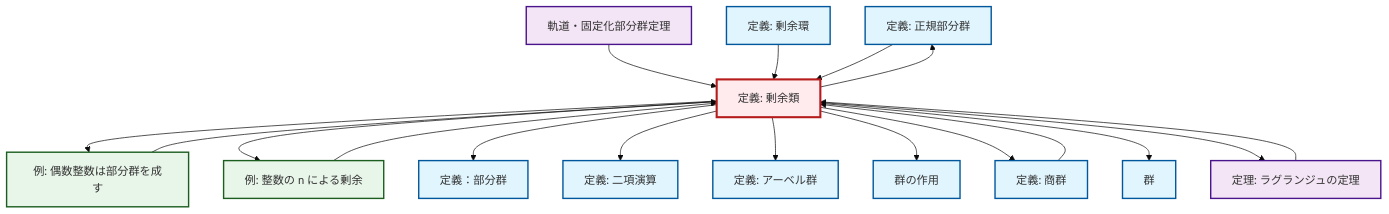
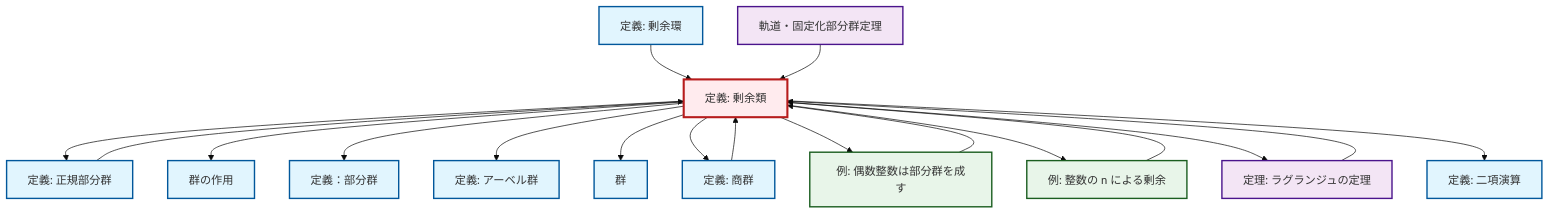
One commit to RK0429/ModernMath changed the diagram in content/ja/algebra/def-coset.qmd. Above: the diagram before and after it, drawn with Mermaid (base theme). The commit also changed other lines of this file and 328 other files, not shown here.

````diff
--- a/content/ja/algebra/def-coset.qmd
+++ b/content/ja/algebra/def-coset.qmd
@@ -162,52 +162,52 @@
 ```{mermaid}
 %%| fig-cap: "ローカル依存関係グラフ"
 graph TD
     classDef definition fill:#e1f5fe,stroke:#01579b,stroke-width:2px
     classDef theorem fill:#f3e5f5,stroke:#4a148c,stroke-width:2px
     classDef axiom fill:#fff3e0,stroke:#e65100,stroke-width:2px
     classDef example fill:#e8f5e9,stroke:#1b5e20,stroke-width:2px
     classDef current fill:#ffebee,stroke:#b71c1c,stroke-width:3px
+    def-coset["定義: 剰余類"]:::definition
+    def-normal-subgroup["定義: 正規部分群"]:::definition
+    def-group-action["群の作用"]:::definition
+    thm-orbit-stabilizer["軌道・固定化部分群定理"]:::theorem
     def-subgroup["定義：部分群"]:::definition
-    def-normal-subgroup["定義: 正規部分群"]:::definition
-    def-quotient-group["定義: 商群"]:::definition
-    def-binary-operation["定義: 二項演算"]:::definition
+    ex-even-integers-subgroup["例: 偶数整数は部分群を成す"]:::example
+    def-abelian-group["定義: アーベル群"]:::definition
     ex-quotient-integers-mod-n["例: 整数の n による剰余"]:::example
-    ex-even-integers-subgroup["例: 偶数整数は部分群を成す"]:::example
-    thm-orbit-stabilizer["軌道・固定化部分群定理"]:::theorem
     thm-lagrange["定理: ラグランジュの定理"]:::theorem
     def-group["群"]:::definition
-    def-coset["定義: 剰余類"]:::definition
     def-quotient-ring["定義: 剰余環"]:::definition
-    def-group-action["群の作用"]:::definition
-    def-abelian-group["定義: アーベル群"]:::definition
+    def-binary-operation["定義: 二項演算"]:::definition
+    def-quotient-group["定義: 商群"]:::definition
+    def-normal-subgroup --> def-coset
+    def-coset --> def-normal-subgroup
+    ex-even-integers-subgroup --> def-coset
+    ex-quotient-integers-mod-n --> def-coset
+    def-coset --> def-group-action
+    thm-lagrange --> def-coset
+    def-coset --> def-subgroup
+    def-coset --> def-abelian-group
+    def-quotient-ring --> def-coset
+    def-coset --> def-group
+    def-coset --> def-quotient-group
     def-coset --> ex-even-integers-subgroup
+    def-coset --> ex-quotient-integers-mod-n
+    def-quotient-group --> def-coset
     thm-orbit-stabilizer --> def-coset
-    def-coset --> ex-quotient-integers-mod-n
-    thm-lagrange --> def-coset
-    def-coset --> def-normal-subgroup
-    def-coset --> def-subgroup
-    def-quotient-ring --> def-coset
+    def-coset --> thm-lagrange
     def-coset --> def-binary-operation
-    def-quotient-group --> def-coset
-    def-coset --> def-abelian-group
-    def-normal-subgroup --> def-coset
-    ex-quotient-integers-mod-n --> def-coset
-    ex-even-integers-subgroup --> def-coset
-    def-coset --> def-group-action
-    def-coset --> def-quotient-group
-    def-coset --> def-group
-    def-coset --> thm-lagrange
     class def-coset current
+    click def-normal-subgroup "def-normal-subgroup.html" "正規部分群の定義へ"
+    click def-group-action "def-group-action.html" "群の作用へ"
+    click thm-orbit-stabilizer "thm-orbit-stabilizer.html" "軌道・固定化部分群定理へ"
     click def-subgroup "def-subgroup.html" "定義：部分群へ"
-    click def-normal-subgroup "def-normal-subgroup.html" "正規部分群の定義へ"
-    click def-quotient-group "def-quotient-group.html" "商群の定義へ"
-    click def-binary-operation "def-binary-operation.html" "二項演算の定義へ"
+    click ex-even-integers-subgroup "ex-even-integers-subgroup.html" "偶数整数は部分群を成すの例へ"
+    click def-abelian-group "def-abelian-group.html" "アーベル群の定義へ"
     click ex-quotient-integers-mod-n "ex-quotient-integers-mod-n.html" "整数の n による剰余の例へ"
-    click ex-even-integers-subgroup "ex-even-integers-subgroup.html" "偶数整数は部分群を成すの例へ"
-    click thm-orbit-stabilizer "thm-orbit-stabilizer.html" "軌道・固定化部分群定理へ"
     click thm-lagrange "thm-lagrange.html" "ラグランジュの定理の定理へ"
     click def-group "def-group.html" "群へ"
     click def-quotient-ring "def-quotient-ring.html" "剰余環の定義へ"
-    click def-group-action "def-group-action.html" "群の作用へ"
-    click def-abelian-group "def-abelian-group.html" "アーベル群の定義へ"
+    click def-binary-operation "def-binary-operation.html" "二項演算の定義へ"
+    click def-quotient-group "def-quotient-group.html" "商群の定義へ"
 ```
````
